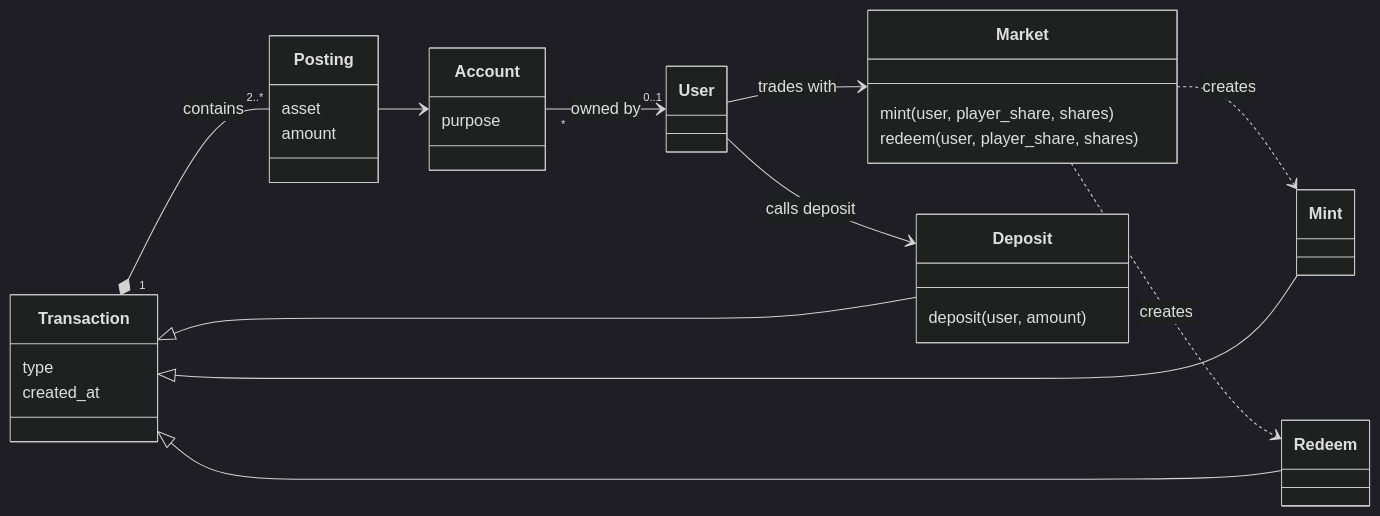
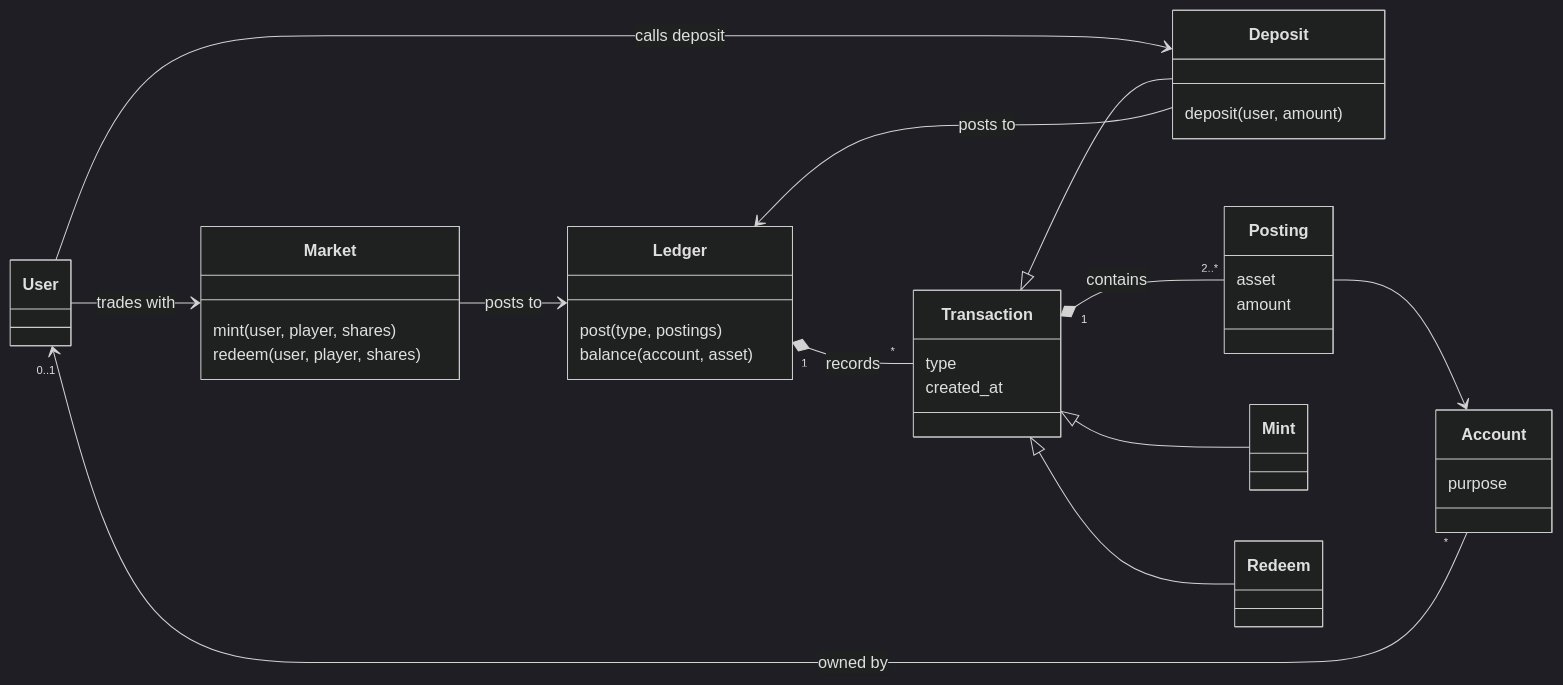
Before and after one commit to rodrigomilisse/openelo-player-market: the diagram in docs/architecture/minter_domain_model.mmd, drawn with Mermaid (dark theme).

Commit message:
domain model fix

```diff
--- a/docs/architecture/minter_domain_model.mmd
+++ b/docs/architecture/minter_domain_model.mmd
@@ -1,41 +1,47 @@
 classDiagram
   direction LR
 
   class User
 
   class Market {
-    mint(user, player_share, shares)
-    redeem(user, player_share, shares)
+    mint(user, player, shares)
+    redeem(user, player, shares)
+  }
+
+  class Deposit {
+    deposit(user, amount)
+  }
+
+  class Ledger {
+    post(type, postings)
+    balance(account, asset)
   }
 
   class Account {
     purpose
   }
-  class Posting {
-    asset
-    amount
-  }
-
   class Transaction {
     type
     created_at
   }
-  class Deposit {
-    deposit(user, amount)
+  class Posting {
+    asset
+    amount
   }
   class Mint
   class Redeem
 
   User --> Market : trades with
   User --> Deposit : calls deposit
 
-  Market ..> Mint : creates
-  Market ..> Redeem : creates
+  Market --> Ledger : posts to
+  Deposit --> Ledger : posts to
+
+  Ledger "1" *-- "*" Transaction : records
+  Transaction "1" *-- "2..*" Posting : contains
+  Posting --> Account
+  Account "*" --> "0..1" User : owned by
 
   Transaction <|-- Deposit
   Transaction <|-- Mint
   Transaction <|-- Redeem
-
-  Transaction "1" *-- "2..*" Posting : contains
-  Posting --> Account
-  Account "*" --> "0..1" User : owned by
```
